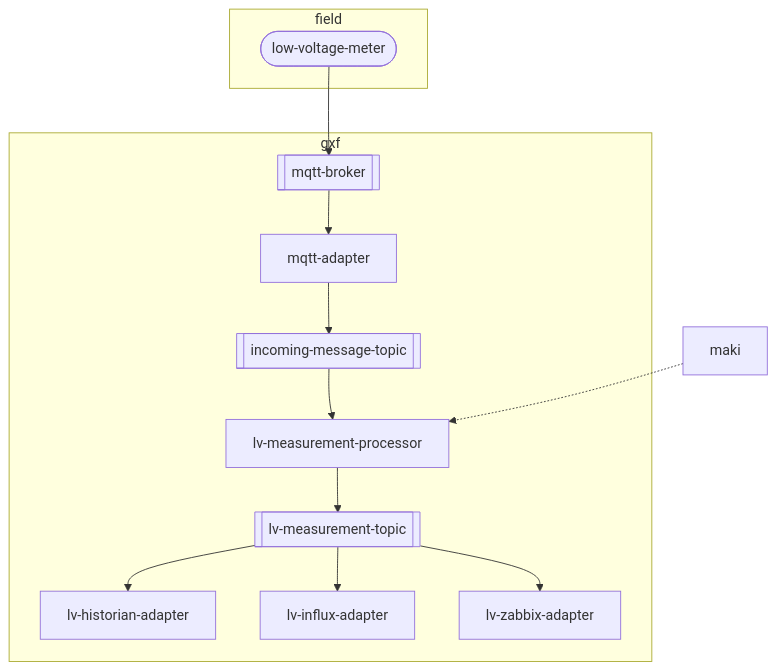
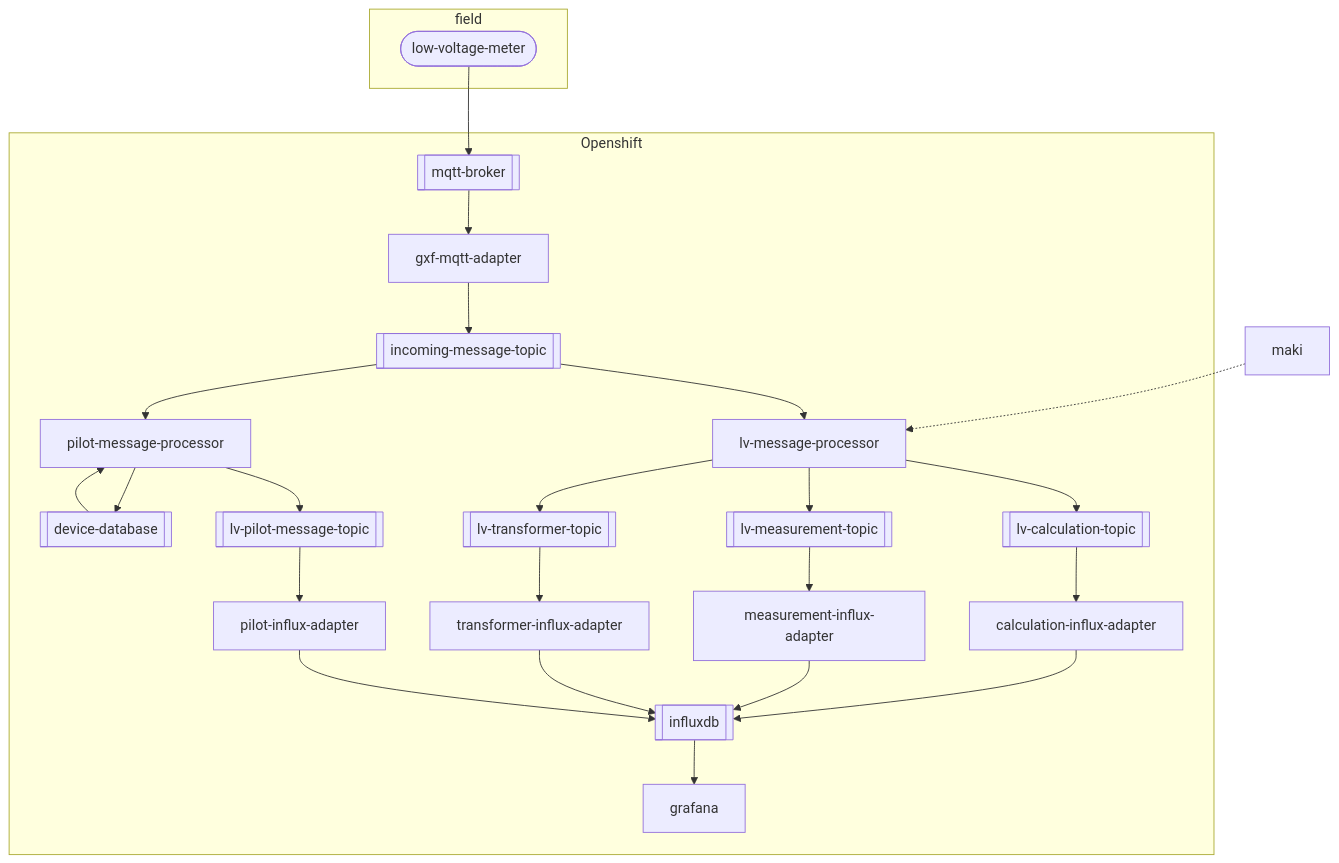
The second of 2 diagrams in redesign/graphs.md (OSGP/gxf-design-decisions), drawn with Mermaid before and after one commit. The commit also changed other lines of this file, not shown here.

````diff
--- a/redesign/graphs.md
+++ b/redesign/graphs.md
@@ -4,26 +55,29 @@
 ```mermaid
 flowchart TB
-  subgraph gxf
+  subgraph Openshift
     imt[[incoming-message-topic]]
-    lvmt[[lv-measurement-topic]]
   
     mqtt-broker[[mqtt-broker]]
-    mqtt-broker-->mqtt-adapter;
-    mqtt-adapter-->imt;
-  
-    imt-->lv-measurement-processor;
-    lv-measurement-processor-->lvmt;
-    
-    lvmt-->lv-historian-adapter;
-    lvmt-->lv-influx-adapter;
-    lvmt-->lv-zabbix-adapter;
+    mqtt-broker-->gxf-mqtt-adapter-->imt;
+
+    imt-->lvmp[lv-message-processor];
+
+    lvmp-->lvct[[lv-calculation-topic]]-->calculation-influx-adapter-->influxdb;
+    lvmp-->lvmt[[lv-measurement-topic]]-->measurement-influx-adapter-->influxdb;
+    lvmp-->lvtt[[lv-transformer-topic]]-->transformer-influx-adapter-->influxdb;
+
+    imt-->pilot-message-processor-->pmt[[lv-pilot-message-topic]]-->pilot-influx-adapter-->influxdb;
+ 
+    pilot-message-processor-->device-database[[device-database]]-->pilot-message-processor;
+    influxdb[[influxdb]]-->grafana;
   end
 
   subgraph field
     lvm([low-voltage-meter])
   end
 
   lvm-->mqtt-broker;
 
-  maki-.->lv-measurement-processor;
+  maki-.->lvmp;
+  
 ```
````
